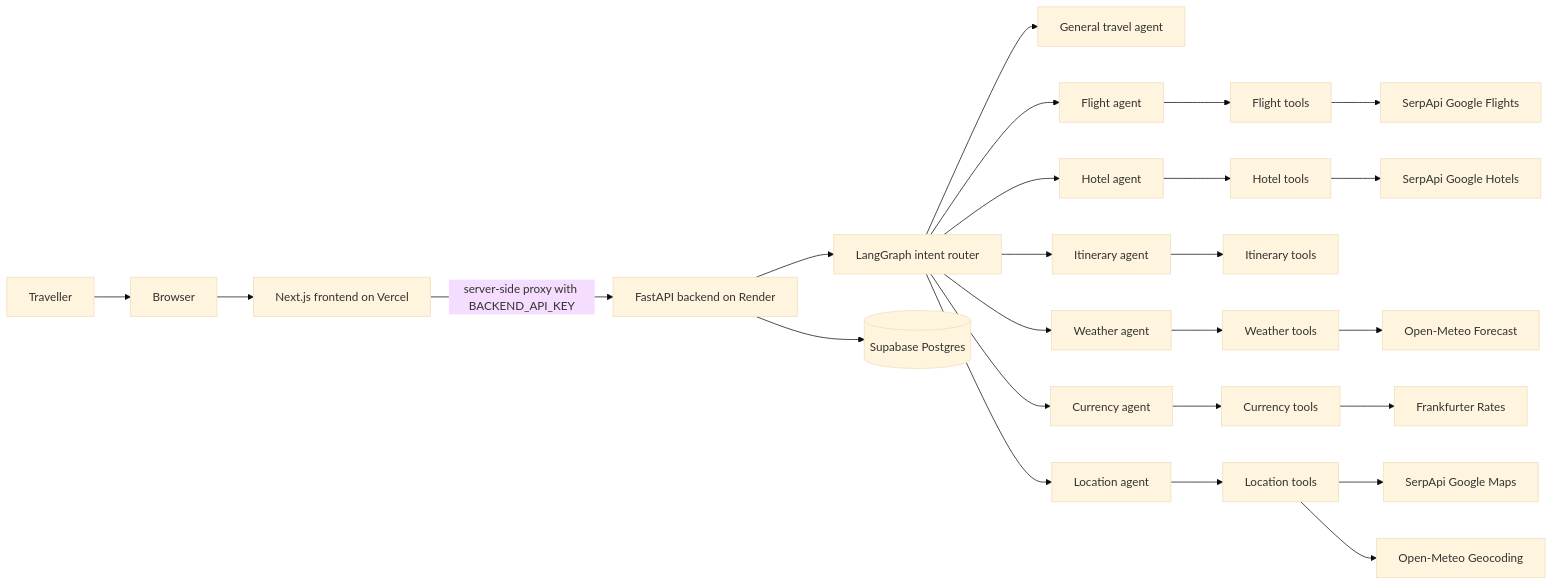
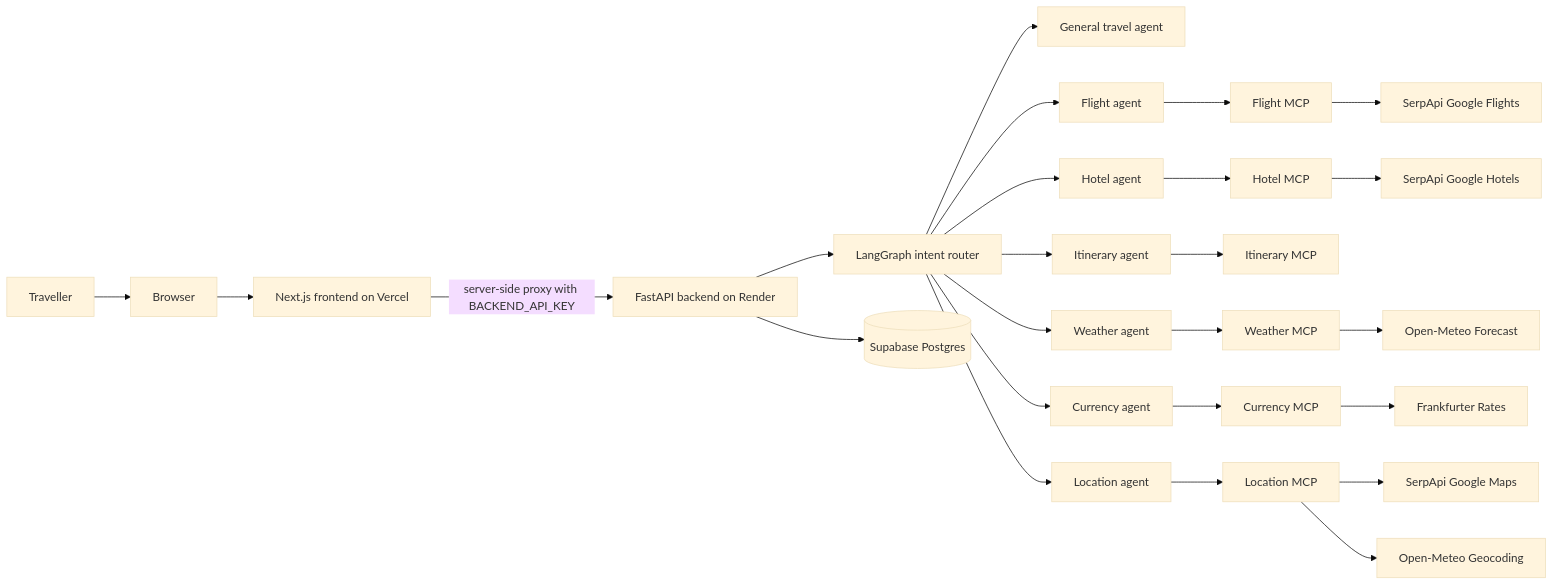
One commit to AmiruMallawarachchi/multi-agent-travel-planner changed the first of 4 diagrams in README.md. Above: the diagram before and after it, drawn with Mermaid (base theme). The commit also changed other lines of this file and 4 other files, not shown here.

Commit message:
docs(architecture): document assessed mcp deployment

````diff
--- a/README.md
+++ b/README.md
@@ -33,30 +33,30 @@
 ```mermaid
 flowchart LR
     User[Traveller] --> Browser[Browser]
     Browser --> Vercel[Next.js frontend on Vercel]
     Vercel -->|server-side proxy with BACKEND_API_KEY| Render[FastAPI backend on Render]
     Render --> Router[LangGraph intent router]
     Render --> AccountStore[(Supabase Postgres)]
 
     Router --> General[General travel agent]
     Router --> Flight[Flight agent]
     Router --> Hotel[Hotel agent]
     Router --> Itinerary[Itinerary agent]
     Router --> Weather[Weather agent]
     Router --> Currency[Currency agent]
     Router --> Location[Location agent]
 
-    Flight --> FlightTools[Flight tools]
-    Hotel --> HotelTools[Hotel tools]
-    Itinerary --> ItineraryTools[Itinerary tools]
-    Weather --> WeatherTools[Weather tools]
-    Currency --> CurrencyTools[Currency tools]
-    Location --> LocationTools[Location tools]
+    Flight --> FlightTools[Flight MCP]
+    Hotel --> HotelTools[Hotel MCP]
+    Itinerary --> ItineraryTools[Itinerary MCP]
+    Weather --> WeatherTools[Weather MCP]
+    Currency --> CurrencyTools[Currency MCP]
+    Location --> LocationTools[Location MCP]
 
     FlightTools --> SerpApi[SerpApi Google Flights]
     HotelTools --> SerpApiHotels[SerpApi Google Hotels]
     LocationTools --> SerpApiMaps[SerpApi Google Maps]
     LocationTools --> OpenMeteoGeo[Open-Meteo Geocoding]
     WeatherTools --> OpenMeteoForecast[Open-Meteo Forecast]
     CurrencyTools --> Frankfurter[Frankfurter Rates]
 ```
````
